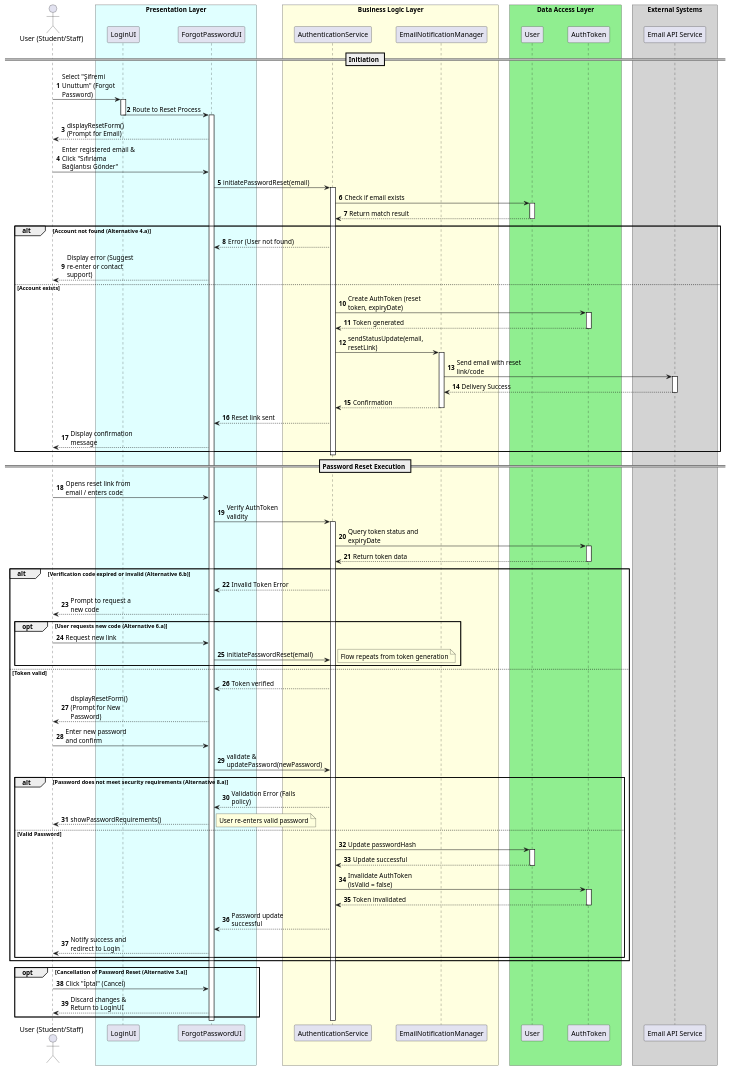
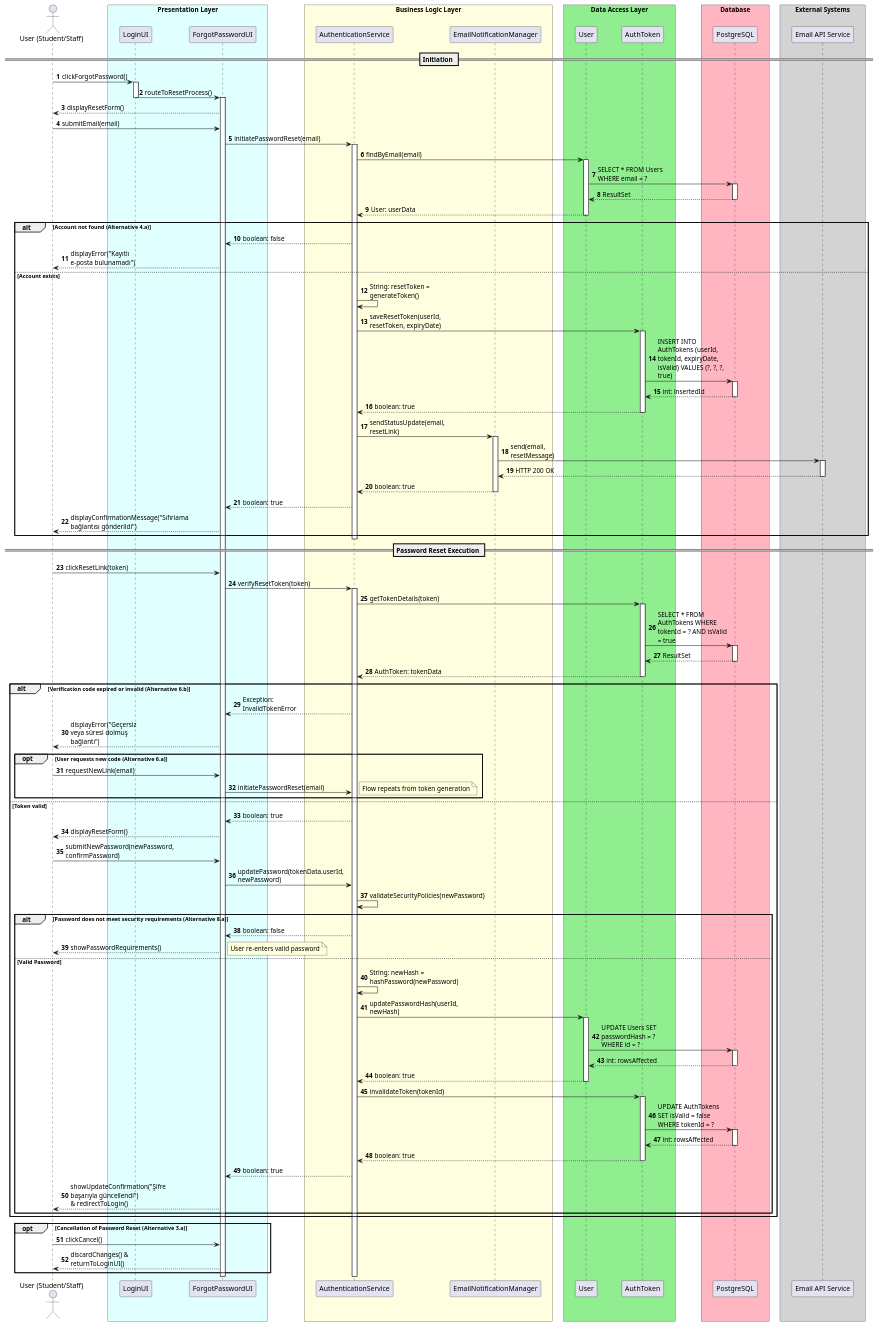
Before and after one commit to UTMS-G02/utms: the diagram in docs/uml/uc-13.puml, drawn with PlantUML.

Commit message:
docs: uc-13 updated

```diff
--- a/docs/uml/uc-13.puml
+++ b/docs/uml/uc-13.puml
@@ -1,127 +1,157 @@
 @startuml uc-13
 autonumber
 skinparam maxMessageSize 150
 skinparam ParticipantPadding 20
 skinparam BoxPadding 10
 
 actor "User (Student/Staff)" as User
 
 box "Presentation Layer" #LightCyan
 participant "LoginUI" as LoginUI
 participant "ForgotPasswordUI" as UI
 end box
 
 box "Business Logic Layer" #LightYellow
 participant "AuthenticationService" as AuthService
 participant "EmailNotificationManager" as EmailService
 end box
 
 box "Data Access Layer" #LightGreen
 participant "User" as UserDB
 participant "AuthToken" as TokenDB
 end box
 
+box "Database" #LightPink
+participant "PostgreSQL" as DB
+end box
+
 box "External Systems" #LightGray
 participant "Email API Service" as EmailAPI
 end box
 
 == Initiation ==
-User -> LoginUI: Select "Şifremi Unuttum" (Forgot Password)
+User -> LoginUI: clickForgotPassword()
 activate LoginUI
-LoginUI -> UI: Route to Reset Process
+LoginUI -> UI: routeToResetProcess()
 deactivate LoginUI
 
 activate UI
-UI --> User: displayResetForm() (Prompt for Email)
+UI --> User: displayResetForm()
 
-User -> UI: Enter registered email & Click "Sıfırlama Bağlantısı Gönder"
+User -> UI: submitEmail(email)
 UI -> AuthService: initiatePasswordReset(email)
 activate AuthService
 
-AuthService -> UserDB: Check if email exists
+AuthService -> UserDB: findByEmail(email)
 activate UserDB
-UserDB --> AuthService: Return match result
+UserDB -> DB: SELECT * FROM Users WHERE email = ?
+activate DB
+DB --> UserDB: ResultSet
+deactivate DB
+UserDB --> AuthService: User: userData
 deactivate UserDB
 
 alt Account not found (Alternative 4.a)
-    AuthService --> UI: Error (User not found)
-    UI --> User: Display error (Suggest re-enter or contact support)
+    AuthService --> UI: boolean: false
+    UI --> User: displayError("Kayıtlı e-posta bulunamadı")
 else Account exists
-    AuthService -> TokenDB: Create AuthToken (reset token, expiryDate)
+    AuthService -> AuthService: String: resetToken = generateToken()
+    
+    AuthService -> TokenDB: saveResetToken(userId, resetToken, expiryDate)
     activate TokenDB
-    TokenDB --> AuthService: Token generated
+    TokenDB -> DB: INSERT INTO AuthTokens (userId, tokenId, expiryDate, isValid) VALUES (?, ?, ?, true)
+    activate DB
+    DB --> TokenDB: int: insertedId
+    deactivate DB
+    TokenDB --> AuthService: boolean: true
     deactivate TokenDB
 
     AuthService -> EmailService: sendStatusUpdate(email, resetLink)
     activate EmailService
 
-    EmailService -> EmailAPI: Send email with reset link/code
+    EmailService -> EmailAPI: send(email, resetMessage)
     activate EmailAPI
-    EmailAPI --> EmailService: Delivery Success
+    EmailAPI --> EmailService: HTTP 200 OK
     deactivate EmailAPI
 
-    EmailService --> AuthService: Confirmation
+    EmailService --> AuthService: boolean: true
     deactivate EmailService
 
-    AuthService --> UI: Reset link sent
-    UI --> User: Display confirmation message
+    AuthService --> UI: boolean: true
+    UI --> User: displayConfirmationMessage("Sıfırlama bağlantısı gönderildi")
 end
 deactivate AuthService
 
 == Password Reset Execution ==
-User -> UI: Opens reset link from email / enters code
-UI -> AuthService: Verify AuthToken validity
+User -> UI: clickResetLink(token)
+UI -> AuthService: verifyResetToken(token)
 activate AuthService
 
-AuthService -> TokenDB: Query token status and expiryDate
+AuthService -> TokenDB: getTokenDetails(token)
 activate TokenDB
-TokenDB --> AuthService: Return token data
+TokenDB -> DB: SELECT * FROM AuthTokens WHERE tokenId = ? AND isValid = true
+activate DB
+DB --> TokenDB: ResultSet
+deactivate DB
+TokenDB --> AuthService: AuthToken: tokenData
 deactivate TokenDB
 
 alt Verification code expired or invalid (Alternative 6.b)
-    AuthService --> UI: Invalid Token Error
-    UI --> User: Prompt to request a new code
+    AuthService --> UI: Exception: InvalidTokenError
+    UI --> User: displayError("Geçersiz veya süresi dolmuş bağlantı")
     
     opt User requests new code (Alternative 6.a)
-        User -> UI: Request new link
+        User -> UI: requestNewLink(email)
         UI -> AuthService: initiatePasswordReset(email)
         note right: Flow repeats from token generation
     end
     
 else Token valid
-    AuthService --> UI: Token verified
-    UI --> User: displayResetForm() (Prompt for New Password)
+    AuthService --> UI: boolean: true
+    UI --> User: displayResetForm()
 
-    User -> UI: Enter new password and confirm
-    UI -> AuthService: validate & updatePassword(newPassword)
+    User -> UI: submitNewPassword(newPassword, confirmPassword)
+    UI -> AuthService: updatePassword(tokenData.userId, newPassword)
+
+    AuthService -> AuthService: validateSecurityPolicies(newPassword)
 
     alt Password does not meet security requirements (Alternative 8.a)
-        AuthService --> UI: Validation Error (Fails policy)
+        AuthService --> UI: boolean: false
         UI --> User: showPasswordRequirements()
         note right: User re-enters valid password
         
     else Valid Password
-        AuthService -> UserDB: Update passwordHash
+        AuthService -> AuthService: String: newHash = hashPassword(newPassword)
+        
+        AuthService -> UserDB: updatePasswordHash(userId, newHash)
         activate UserDB
-        UserDB --> AuthService: Update successful
+        UserDB -> DB: UPDATE Users SET passwordHash = ? WHERE id = ?
+        activate DB
+        DB --> UserDB: int: rowsAffected
+        deactivate DB
+        UserDB --> AuthService: boolean: true
         deactivate UserDB
 
-        AuthService -> TokenDB: Invalidate AuthToken (isValid = false)
+        AuthService -> TokenDB: invalidateToken(tokenId)
         activate TokenDB
-        TokenDB --> AuthService: Token invalidated
+        TokenDB -> DB: UPDATE AuthTokens SET isValid = false WHERE tokenId = ?
+        activate DB
+        DB --> TokenDB: int: rowsAffected
+        deactivate DB
+        TokenDB --> AuthService: boolean: true
         deactivate TokenDB
 
-        AuthService --> UI: Password update successful
-        UI --> User: Notify success and redirect to Login
+        AuthService --> UI: boolean: true
+        UI --> User: showUpdateConfirmation("Şifre başarıyla güncellendi") & redirectToLogin()
     end
 end
 
 opt Cancellation of Password Reset (Alternative 3.a)
-    User -> UI: Click "İptal" (Cancel)
-    UI --> User: Discard changes & Return to LoginUI
+    User -> UI: clickCancel()
+    UI --> User: discardChanges() & returnToLoginUI()
 end
 
 deactivate AuthService
 deactivate UI
 
 @enduml
```
